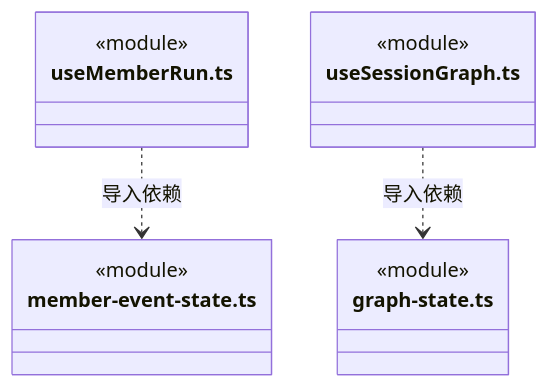
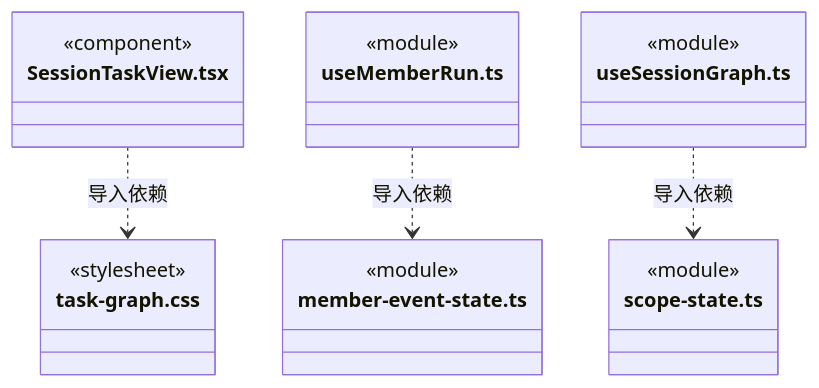
One commit to nan023062/cbim changed diagram 28 of 29 in src/frontend/tasks/ARCHITECTURE.md. Above: the diagram before and after it, drawn with Mermaid. The commit also changed other lines of this file and 47 other files, not shown here.

````diff
--- a/src/frontend/tasks/ARCHITECTURE.md
+++ b/src/frontend/tasks/ARCHITECTURE.md
@@ -395,17 +530,24 @@
 ```mermaid
 classDiagram
+class N_src_frontend_tasks_SessionTaskView_tsx["SessionTaskView.tsx"] {
+  <<component>>
+}
+class N_src_frontend_tasks_task_graph_css["task-graph.css"] {
+  <<stylesheet>>
+}
 class N_src_frontend_tasks_useMemberRun_ts["useMemberRun.ts"] {
   <<module>>
 }
 class N_src_frontend_tasks_member_event_state_ts["member-event-state.ts"] {
   <<module>>
 }
 class N_src_frontend_tasks_useSessionGraph_ts["useSessionGraph.ts"] {
   <<module>>
 }
-class N_src_frontend_tasks_graph_state_ts["graph-state.ts"] {
+class N_src_frontend_tasks_scope_state_ts["scope-state.ts"] {
   <<module>>
 }
+N_src_frontend_tasks_SessionTaskView_tsx ..> N_src_frontend_tasks_task_graph_css : 导入依赖
 N_src_frontend_tasks_useMemberRun_ts ..> N_src_frontend_tasks_member_event_state_ts : 导入依赖
-N_src_frontend_tasks_useSessionGraph_ts ..> N_src_frontend_tasks_graph_state_ts : 导入依赖
+N_src_frontend_tasks_useSessionGraph_ts ..> N_src_frontend_tasks_scope_state_ts : 导入依赖
 ```
````
